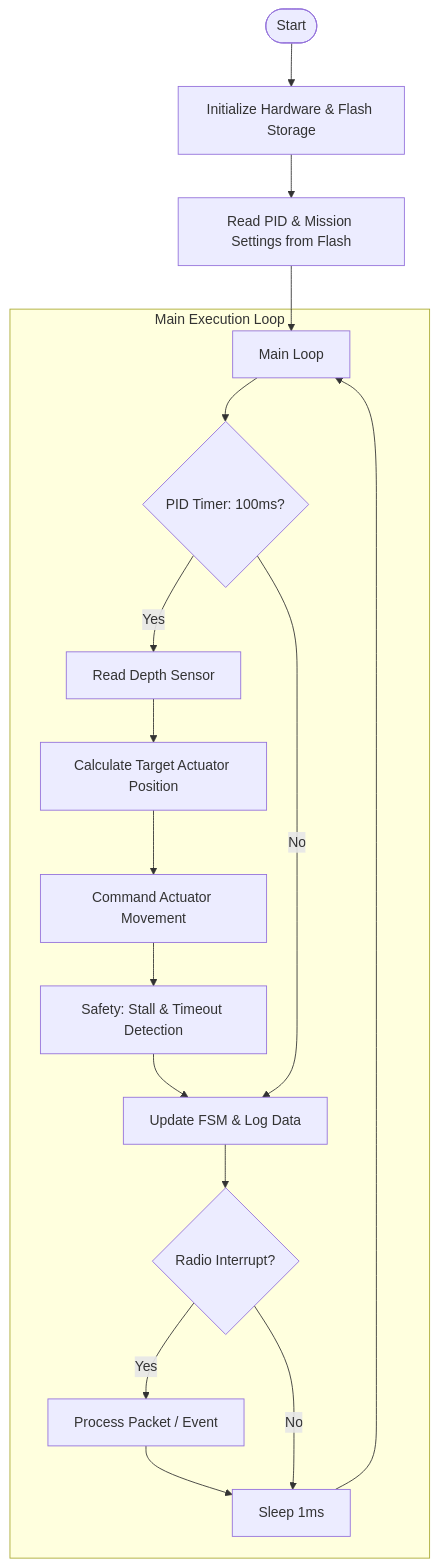
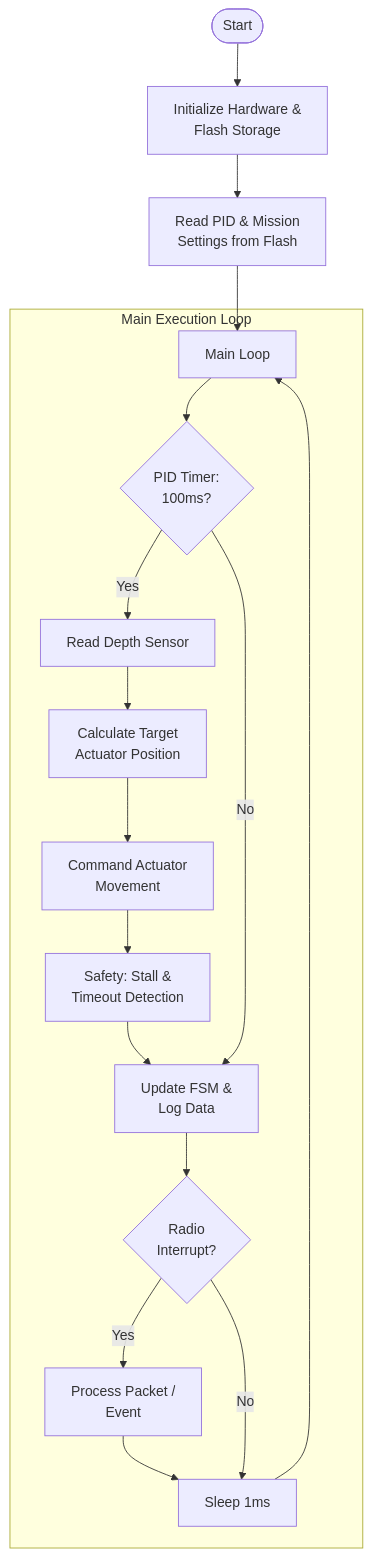
One commit to purduerov/X18-Float-Embedded changed the first of 2 diagrams in docs/float_architecture.md. Above: the diagram before and after it, drawn with Mermaid. The commit also changed other lines of this file and 1 other file, not shown here.

Commit message:
docs: fix Mermaid diagram text cutoff in architecture docs

````diff
--- a/docs/float_architecture.md
+++ b/docs/float_architecture.md
@@ -11,23 +11,23 @@
 ```mermaid
 flowchart TD
-    Start([Start]) --> Init[Initialize Hardware & Flash Storage]
-    Init --> ReadSettings[Read PID & Mission Settings from Flash]
+    Start([Start]) --> Init[Initialize Hardware &<br/>Flash Storage]
+    Init --> ReadSettings[Read PID & Mission<br/>Settings from Flash]
     ReadSettings --> Loop[Main Loop]
     
     subgraph LoopSection [Main Execution Loop]
-        Loop --> TimerPID{PID Timer: 100ms?}
+        Loop --> TimerPID{PID Timer:<br/>100ms?}
         TimerPID -- Yes --> ReadSensor[Read Depth Sensor]
-        ReadSensor --> CalcPID[Calculate Target Actuator Position]
-        CalcPID --> MoveAct[Command Actuator Movement]
-        MoveAct --> SafetyCheck[Safety: Stall & Timeout Detection]
-        SafetyCheck --> FSMUpdate[Update FSM & Log Data]
+        ReadSensor --> CalcPID[Calculate Target<br/>Actuator Position]
+        CalcPID --> MoveAct[Command Actuator<br/>Movement]
+        MoveAct --> SafetyCheck[Safety: Stall &<br/>Timeout Detection]
+        SafetyCheck --> FSMUpdate[Update FSM &<br/>Log Data]
         
         TimerPID -- No --> FSMUpdate
         
-        FSMUpdate --> RadioIRQ{Radio Interrupt?}
-        RadioIRQ -- Yes --> ProcessPacket[Process Packet / Event]
+        FSMUpdate --> RadioIRQ{Radio<br/>Interrupt?}
+        RadioIRQ -- Yes --> ProcessPacket[Process Packet /<br/>Event]
         ProcessPacket --> Sleep[Sleep 1ms]
         RadioIRQ -- No --> Sleep
         Sleep --> Loop
     end
 ```
````
